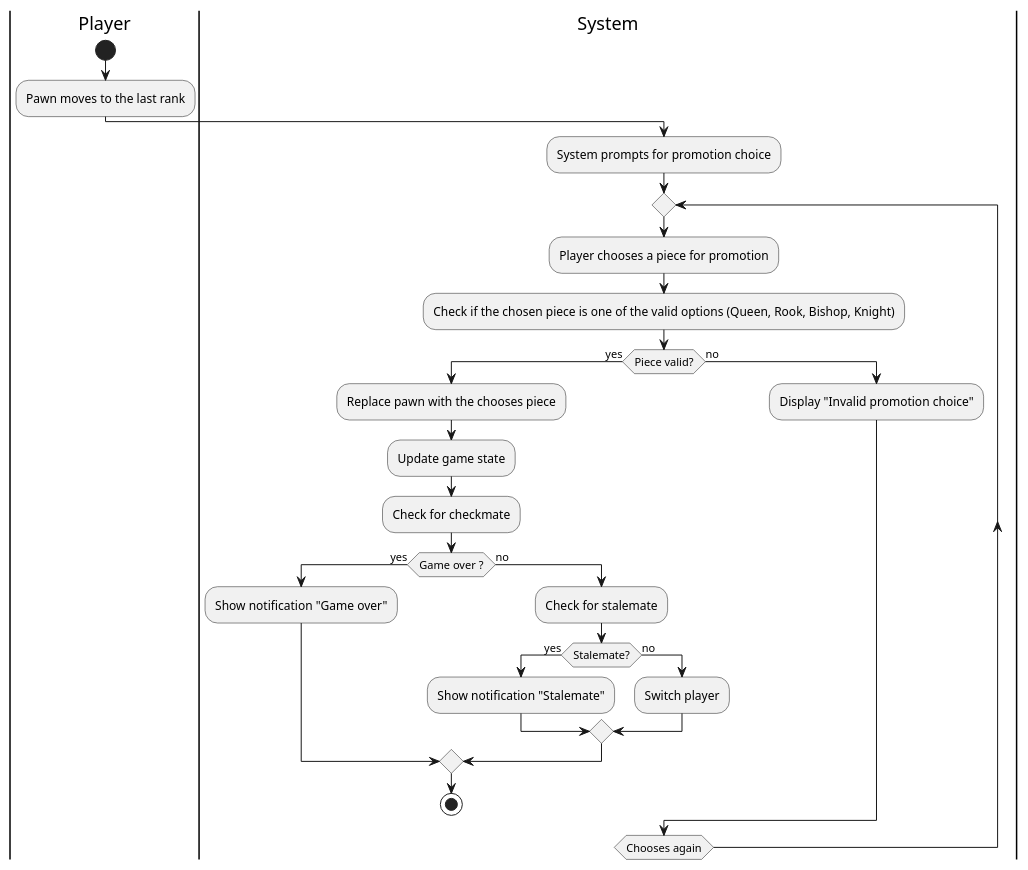
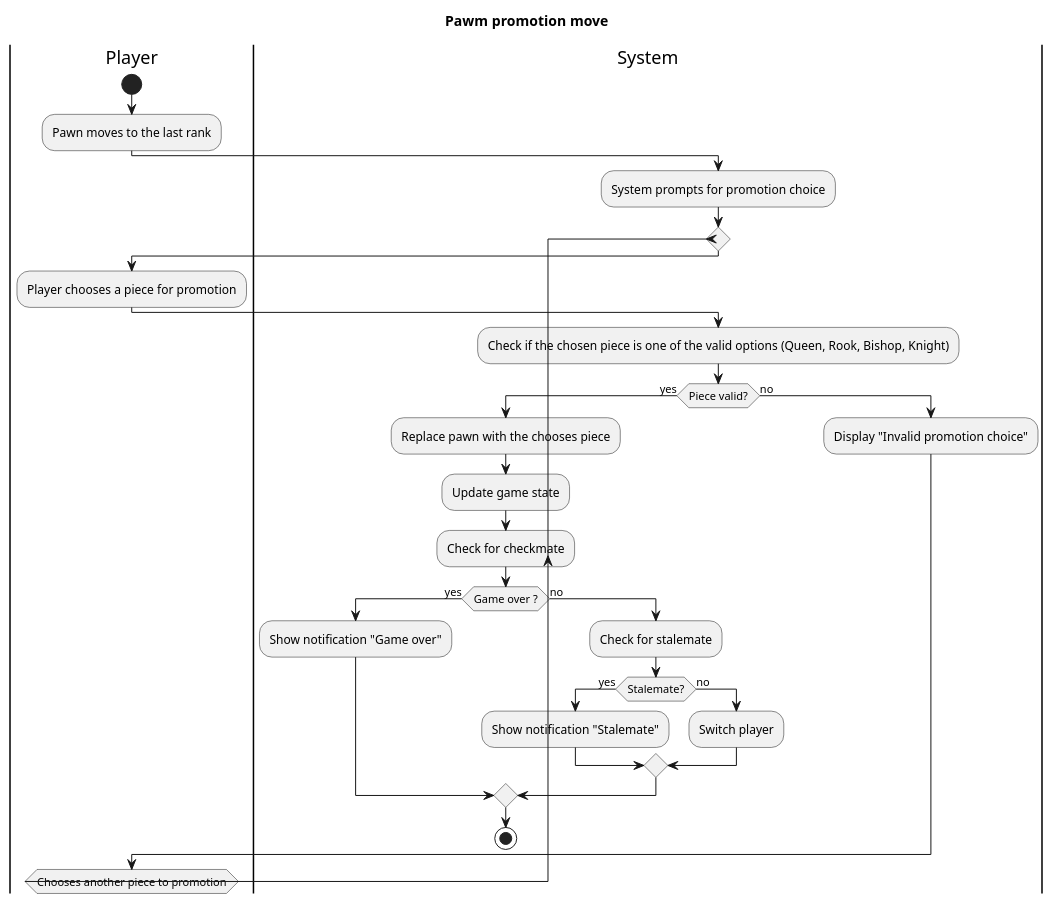
One commit to babobi161504/Diagram-Chess-Game changed the diagram in Activity Diagram/pawnPromotion.pu. Above: the diagram before and after it, drawn with PlantUML. The commit also changed 19 other files, not shown here.

Commit message:
Nghia | fix activity, class diagram and add images

```diff
--- a/Activity Diagram/pawnPromotion.pu
+++ b/Activity Diagram/pawnPromotion.pu
@@ -1,36 +1,41 @@
 @startuml pawnPromotion
+title "Pawm promotion move"
 |Player|
 start
 :Pawn moves to the last rank;
 
 |System|
 :System prompts for promotion choice;
 
 repeat
+    |Player|
     :Player chooses a piece for promotion;
 
     |System|
     :Check if the chosen piece is one of the valid options (Queen, Rook, Bishop, Knight);
 
     if (Piece valid?) then (yes)
         :Replace pawn with the chooses piece;
-        :Update game state; 
+        :Update game state;
 
         :Check for checkmate;
         if (Game over ?) then (yes)
             :Show notification "Game over";
         else (no)
             :Check for stalemate;
             if (Stalemate?) then (yes)
                 :Show notification "Stalemate";
             else (no)
                 :Switch player;
             endif
         endif
         stop
     else (no)
-        :Display "Invalid promotion choice";     
+        :Display "Invalid promotion choice";
     endif
-repeat while (Chooses again)
+    |Player|
+repeat while (Chooses another piece to promotion)
+
+
 
 @enduml
```
